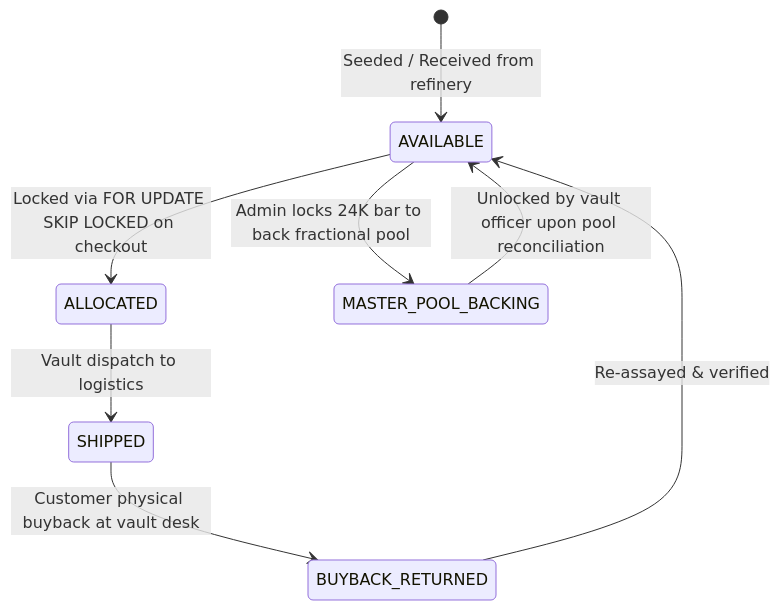
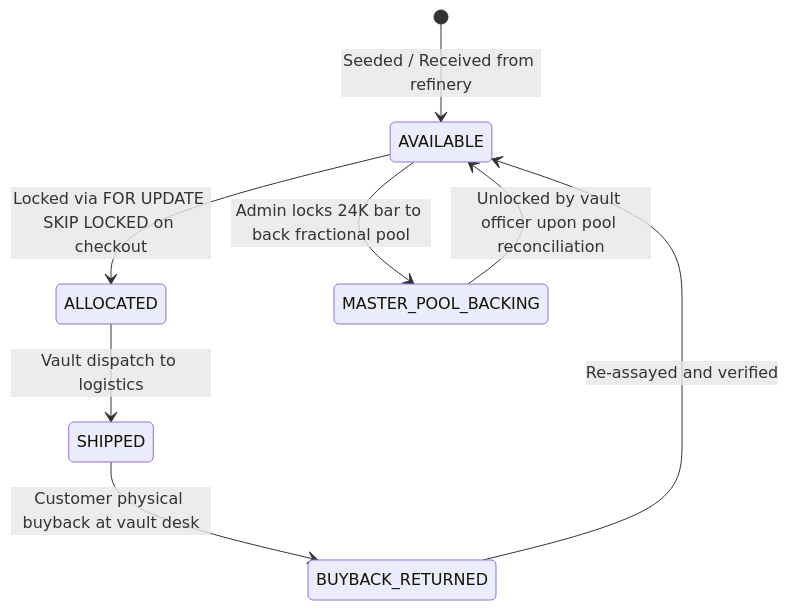
One commit to mo74x/aurex-engine changed the seventh of 7 diagrams in README.md. Above: the diagram before and after it, drawn with Mermaid. The commit also changed other lines of this file, not shown here.

Commit message:
docs: fix KaTeX math syntax and Mermaid state diagram in README

````diff
--- a/README.md
+++ b/README.md
@@ -410,10 +410,10 @@
 ```mermaid
 stateDiagram-v2
     [*] --> AVAILABLE : Seeded / Received from refinery
     AVAILABLE --> ALLOCATED : Locked via FOR UPDATE SKIP LOCKED on checkout
     AVAILABLE --> MASTER_POOL_BACKING : Admin locks 24K bar to back fractional pool
     ALLOCATED --> SHIPPED : Vault dispatch to logistics
     MASTER_POOL_BACKING --> AVAILABLE : Unlocked by vault officer upon pool reconciliation
     SHIPPED --> BUYBACK_RETURNED : Customer physical buyback at vault desk
-    BUYBACK_RETURNED --> AVAILABLE : Re-assayed & verified
+    BUYBACK_RETURNED --> AVAILABLE : Re-assayed and verified
 ```
````
